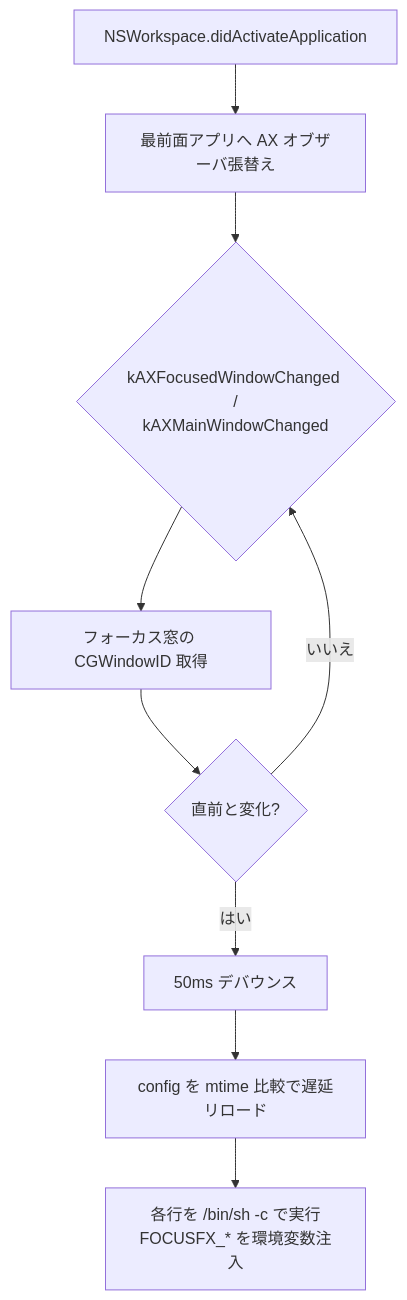
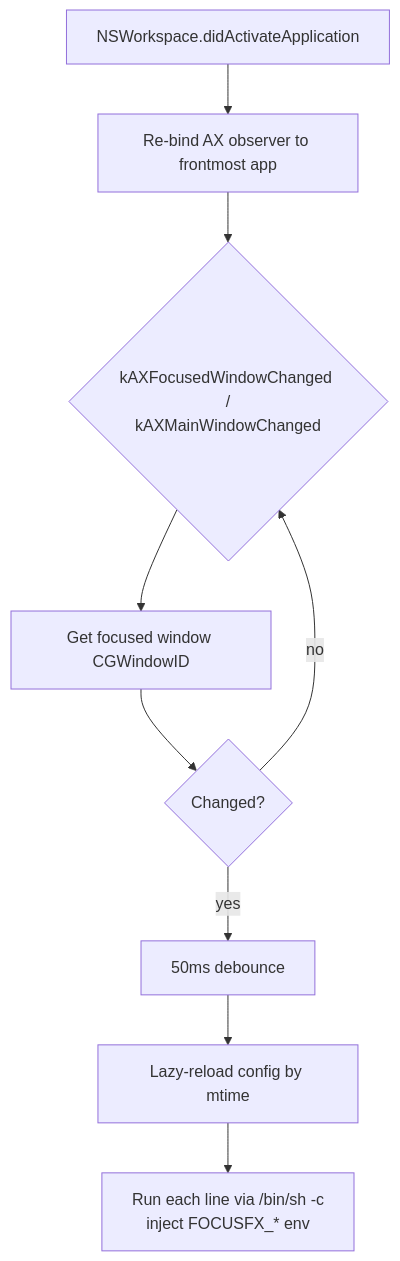
The diagram in README.md (akira-toriyama/eventfx), drawn with Mermaid before and after one commit. The commit also changed other lines of this file and 2 other files, not shown here.

````diff
--- a/README.md
+++ b/README.md
@@ -20,11 +25,11 @@
 ```mermaid
 flowchart TD
-    A[NSWorkspace.didActivateApplication] --> B[最前面アプリへ AX オブザーバ張替え]
+    A[NSWorkspace.didActivateApplication] --> B[Re-bind AX observer to frontmost app]
     B --> C{kAXFocusedWindowChanged /<br/>kAXMainWindowChanged}
-    C --> D[フォーカス窓の CGWindowID 取得]
-    D --> E{直前と変化?}
-    E -- いいえ --> C
-    E -- はい --> F[50ms デバウンス]
-    F --> G[config を mtime 比較で遅延リロード]
-    G --> H[各行を /bin/sh -c で実行<br/>FOCUSFX_* を環境変数注入]
+    C --> D[Get focused window CGWindowID]
+    D --> E{Changed?}
+    E -- no --> C
+    E -- yes --> F[50ms debounce]
+    F --> G[Lazy-reload config by mtime]
+    G --> H[Run each line via /bin/sh -c<br/>inject FOCUSFX_* env]
 ```
````
